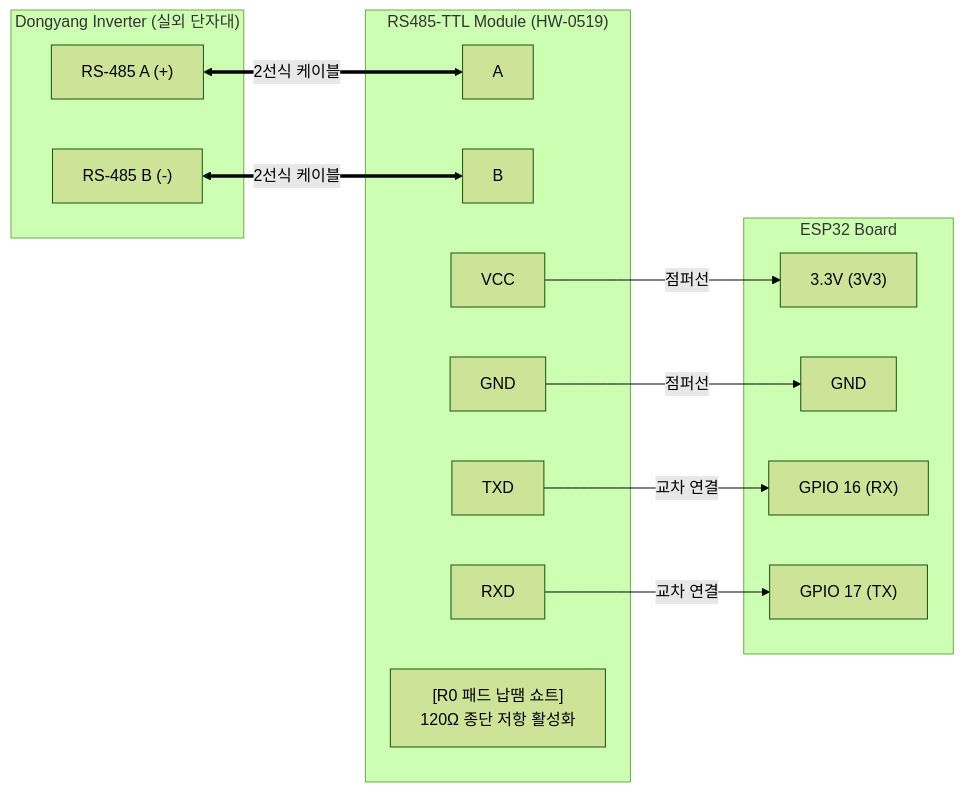
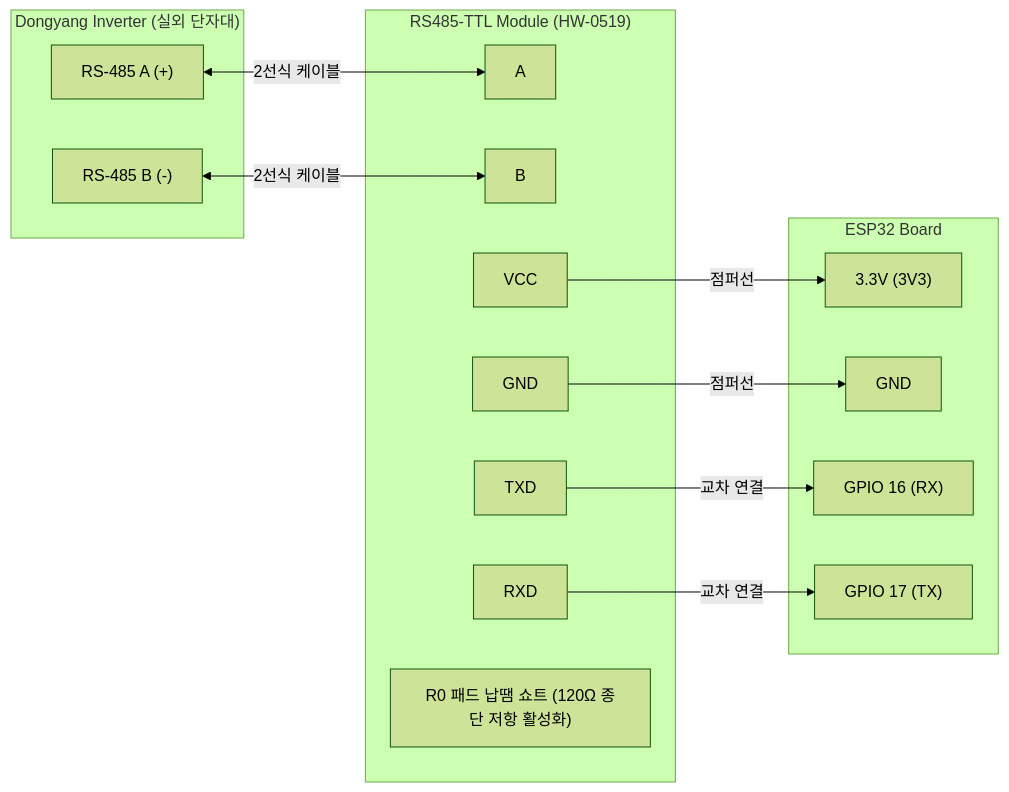
One commit to nwhur/Dongyang-Solar-Inverter-ESPHome changed the diagram in README.md. Above: the diagram before and after it, drawn with Mermaid (forest theme). The commit also changed 1 other file, not shown here.

Commit message:
fix(docs): fix Mermaid diagram syntax on GitHub

````diff
--- a/README.md
+++ b/README.md
@@ -33,32 +33,32 @@
 ```mermaid
 graph LR
     subgraph "Dongyang Inverter (실외 단자대)"
         INV_A["RS-485 A (+)"] 
         INV_B["RS-485 B (-)"]
     end
 
     subgraph "RS485-TTL Module (HW-0519)"
         MOD_A["A"]
         MOD_B["B"]
         MOD_VCC["VCC"]
         MOD_GND["GND"]
         MOD_TX["TXD"]
         MOD_RX["RXD"]
-        R0["[R0 패드 납땜 쇼트]<br/>120Ω 종단 저항 활성화"]
+        R0["R0 패드 납땜 쇼트 (120Ω 종단 저항 활성화)"]
     end
 
     subgraph "ESP32 Board"
         ESP_3V3["3.3V (3V3)"]
         ESP_GND["GND"]
         ESP_RX["GPIO 16 (RX)"]
         ESP_TX["GPIO 17 (TX)"]
     end
 
-    INV_A <==>|2선식 케이블| MOD_A
-    INV_B <==>|2선식 케이블| MOD_B
+    INV_A <-->|2선식 케이블| MOD_A
+    INV_B <-->|2선식 케이블| MOD_B
 
     MOD_VCC -->|점퍼선| ESP_3V3
     MOD_GND -->|점퍼선| ESP_GND
     MOD_TX  -->|교차 연결| ESP_RX
     MOD_RX  -->|교차 연결| ESP_TX
 ```
````
